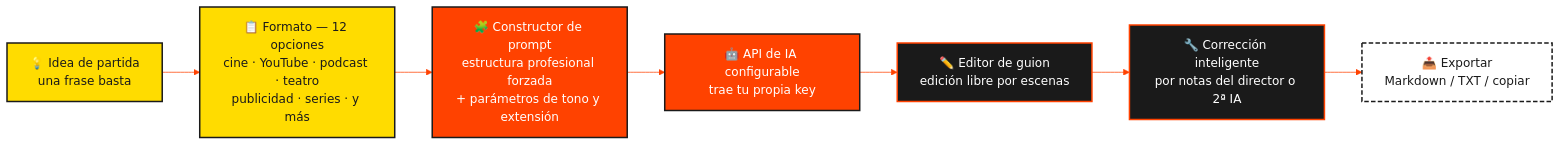
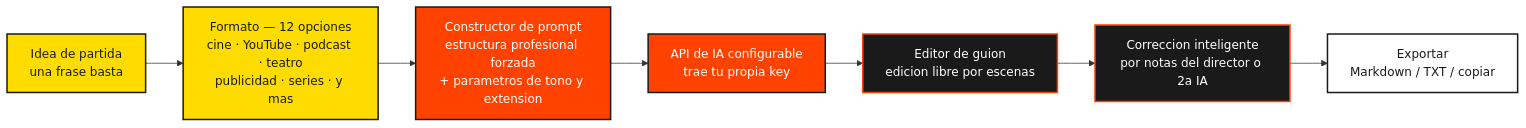
One commit to freeanimationpower/FREE-SCRIPT-POWER changed the diagram in README.md. Above: the diagram before and after it, drawn with Mermaid.

Commit message:
Fix mermaid syntax for GitHub renderer

````diff
--- a/README.md
+++ b/README.md
@@ -66,18 +66,17 @@
 ```mermaid
 flowchart LR
-%%{init: {'theme': 'base', 'themeVariables': {'primaryColor': '#ffdc00', 'primaryBorderColor': '#1a1a1a', 'primaryTextColor': '#1a1a1a', 'lineColor': '#ff4200', 'fontFamily': 'Segoe UI'}}}%%
     classDef ui fill:#ffdc00,stroke:#1a1a1a,color:#1a1a1a,stroke-width:2px;
     classDef engine fill:#ff4200,stroke:#1a1a1a,color:#ffffff,stroke-width:2px;
     classDef data fill:#1a1a1a,stroke:#ff4200,color:#ffffff,stroke-width:2px;
-    classDef ext fill:#ffffff,stroke:#1a1a1a,color:#1a1a1a,stroke-width:2px,stroke-dasharray:6 3;
-        IDEA["💡 Idea de partida<br/>una frase basta"] --> FMT["📋 Formato — 12 opciones<br/>cine · YouTube · podcast · teatro<br/>publicidad · series · y más"]
-        FMT --> PRM["🧩 Constructor de prompt<br/>estructura profesional forzada<br/>+ parámetros de tono y extensión"]
-        PRM --> API["🤖 API de IA configurable<br/>trae tu propia key"]
-        API --> EDT["✏️ Editor de guion<br/>edición libre por escenas"]
-        EDT --> FIX["🔧 Corrección inteligente<br/>por notas del director o 2ª IA"]
-        FIX --> OUT["📤 Exportar<br/>Markdown / TXT / copiar"]
+    classDef ext fill:#ffffff,stroke:#1a1a1a,color:#1a1a1a,stroke-width:2px;
+        IDEA["Idea de partida<br/>una frase basta"] --> FMT["Formato — 12 opciones<br/>cine · YouTube · podcast · teatro<br/>publicidad · series · y mas"]
+        FMT --> PRM["Constructor de prompt<br/>estructura profesional forzada<br/>+ parametros de tono y extension"]
+        PRM --> API["API de IA configurable<br/>trae tu propia key"]
+        API --> EDT["Editor de guion<br/>edicion libre por escenas"]
+        EDT --> FIX["Correccion inteligente<br/>por notas del director o 2a IA"]
+        FIX --> OUT["Exportar<br/>Markdown / TXT / copiar"]
         class IDEA,FMT ui
         class PRM,API engine
         class EDT,FIX data
         class OUT ext
 ```
````
